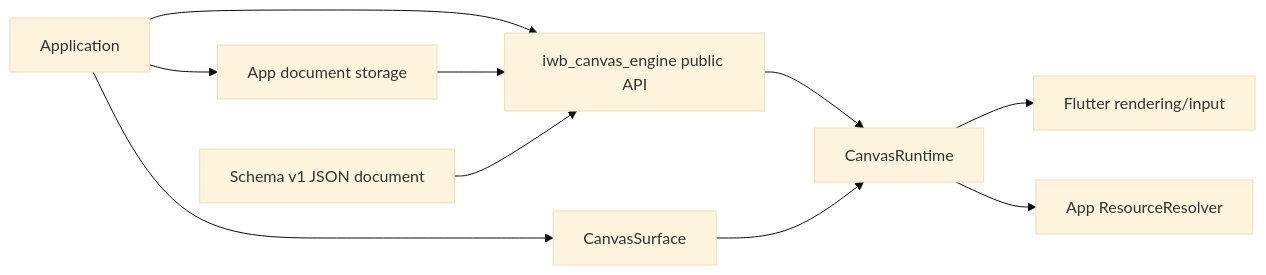
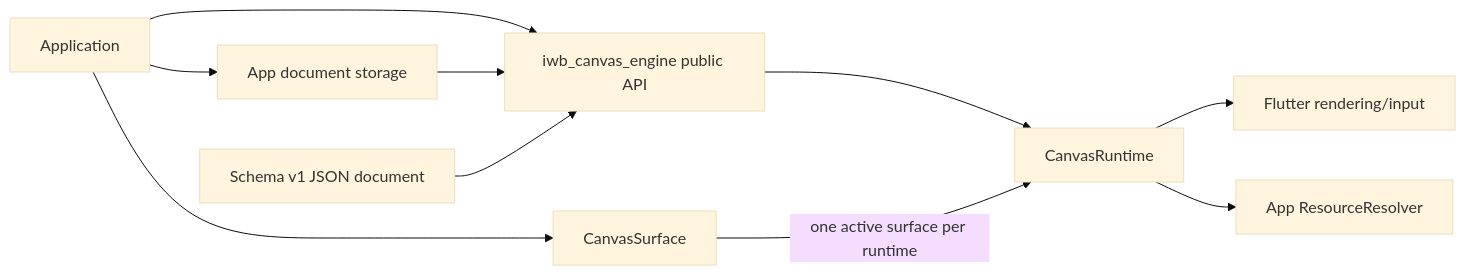
One commit to GreatPika/iwb_canvas_engine changed the diagram in docs/diagrams/c4_context.mmd. Above: the diagram before and after it, drawn with Mermaid (base theme). The commit also changed 12 other files, not shown here.

First line of the commit message:
docs: define single active canvas surface

```diff
--- a/docs/diagrams/c4_context.mmd
+++ b/docs/diagrams/c4_context.mmd
@@ -1,10 +1,10 @@
 flowchart LR
   App[Application] --> API[iwb_canvas_engine public API]
   API --> Runtime[CanvasRuntime]
   App --> Surface[CanvasSurface]
-  Surface --> Runtime
+  Surface -->|one active surface per runtime| Runtime
   Runtime --> Flutter[Flutter rendering/input]
   Runtime --> Resolver[App ResourceResolver]
   App --> Storage[App document storage]
   Storage --> API
   JsonDocument[Schema v1 JSON document] --> API
```
